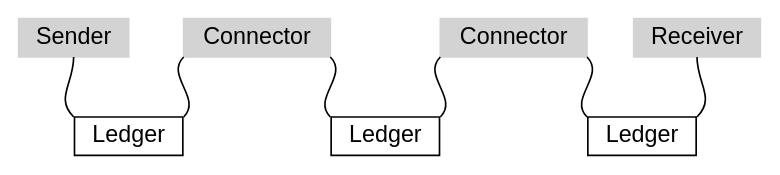
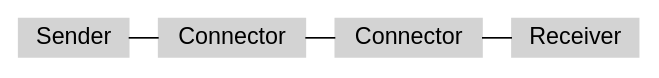
One commit to interledger/rfcs changed the diagram in shared/graphs/interledger-model.dot. Above: the diagram before and after it, drawn with Graphviz. The commit also changed 5 other files, not shown here.

```diff
--- a/shared/graphs/interledger-model.dot
+++ b/shared/graphs/interledger-model.dot
@@ -1,24 +1,16 @@
 graph G {
   node [shape = box,height=.1,fontname = "helvetica"];
   newrank=true;
 
   s [shape=box style=filled color=lightgrey label="Sender"];
   r [shape=box style=filled color=lightgrey label="Receiver"];
 
   c1 [shape=box style=filled color=lightgrey label="Connector"];
   c2 [shape=box style=filled color=lightgrey label="Connector"];
 
-  l1 [shape=box label="Ledger"];
-  l2 [shape=box label="Ledger"];
-  l3 [shape=box label="Ledger"];
-
-  s:s -- l1:nw;
-  c1:sw -- l1:ne;
-  c1:se -- l2:nw;
-  c2:sw -- l2:ne;
-  c2:se -- l3:nw;
-  r:s -- l3:ne;
+  s:e -- c1:w;
+  c1:e -- c2:w;
+  c2:e -- r:w;
 
   { rank=same; s c1 c2 r }
-  { rank=same; l1 l2 l3 }
 }
```
